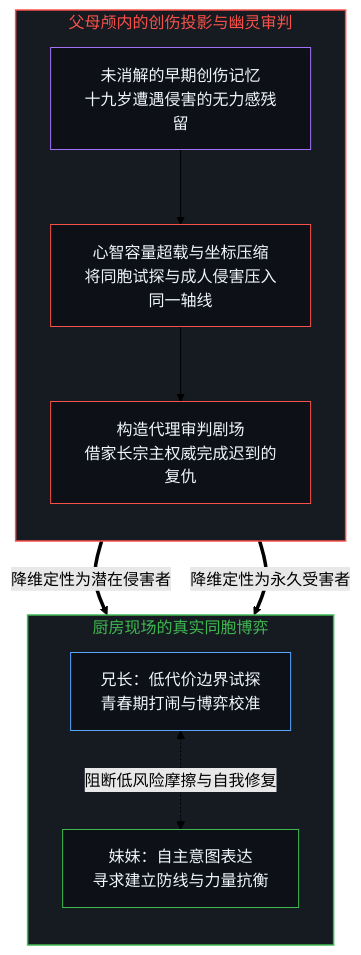
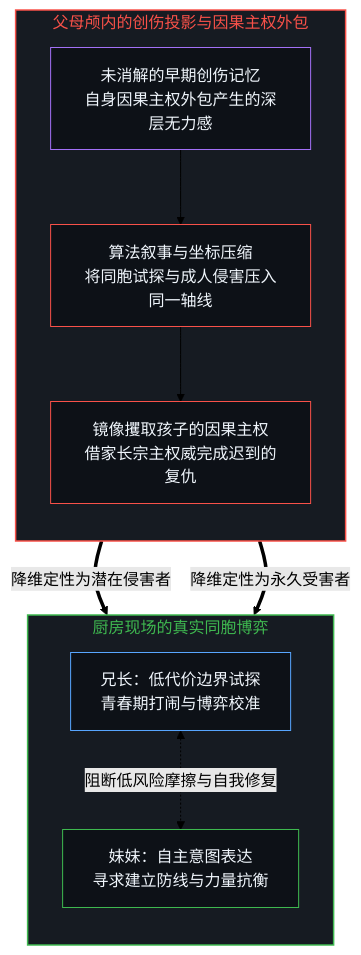
One commit to powerpig99/not-a-toe changed the first of 6 diagrams in content/posts/the-unfrictioned-mind-and-borrowed-omnipotence.md. Above: the diagram before and after it, drawn with Mermaid (forest theme). The commit also changed other lines of this file and 4 other files, not shown here.

````diff
--- a/content/posts/the-unfrictioned-mind-and-borrowed-omnipotence.md
+++ b/content/posts/the-unfrictioned-mind-and-borrowed-omnipotence.md
@@ -17,25 +17,25 @@
 ```mermaid
 flowchart TD
-  subgraph S_PAR["父母颅内的创伤投影与幽灵审判"]
+  subgraph S_PAR["父母颅内的创伤投影与因果主权外包"]
     direction TB
-    P_TRAUMA["未消解的早期创伤记忆<br/>十九岁遭遇侵害的无力感残留"]
-    P_COMPRESS["心智容量超载与坐标压缩<br/>将同胞试探与成人侵害压入同一轴线"]
-    P_GHOST["构造代理审判剧场<br/>借家长宗主权威完成迟到的复仇"]
+    P_TRAUMA["未消解的早期创伤记忆<br/>自身因果主权外包产生的深层无力感"]
+    P_COMPRESS["算法叙事与坐标压缩<br/>将同胞试探与成人侵害压入同一轴线"]
+    P_GHOST["镜像攫取孩子的因果主权<br/>借家长宗主权威完成迟到的复仇"]
   end
   subgraph S_REAL["厨房现场的真实同胞博弈"]
     direction TB
     R_BROTHER["兄长：低代价边界试探<br/>青春期打闹与博弈校准"]
     R_SISTER["妹妹：自主意图表达<br/>寻求建立防线与力量抗衡"]
   end
   P_TRAUMA --> P_COMPRESS --> P_GHOST
   P_GHOST ==>|"降维定性为潜在侵害者"| R_BROTHER
   P_GHOST ==>|"降维定性为永久受害者"| R_SISTER
   R_BROTHER <-.->|"阻断低风险摩擦与自我修复"| R_SISTER
   style S_PAR fill:#161b22,stroke:#f85149,stroke-width:1.5px,color:#f85149
   style S_REAL fill:#161b22,stroke:#3fb950,stroke-width:1.5px,color:#3fb950
   style P_TRAUMA fill:#0d1117,stroke:#a371f7,stroke-width:1px,color:#f0f6fc
   style P_COMPRESS fill:#0d1117,stroke:#f85149,stroke-width:1px,color:#f0f6fc
   style P_GHOST fill:#0d1117,stroke:#f85149,stroke-width:1px,color:#f0f6fc
   style R_BROTHER fill:#0d1117,stroke:#58a6ff,stroke-width:1px,color:#f0f6fc
   style R_SISTER fill:#0d1117,stroke:#3fb950,stroke-width:1px,color:#f0f6fc
 ```
````
